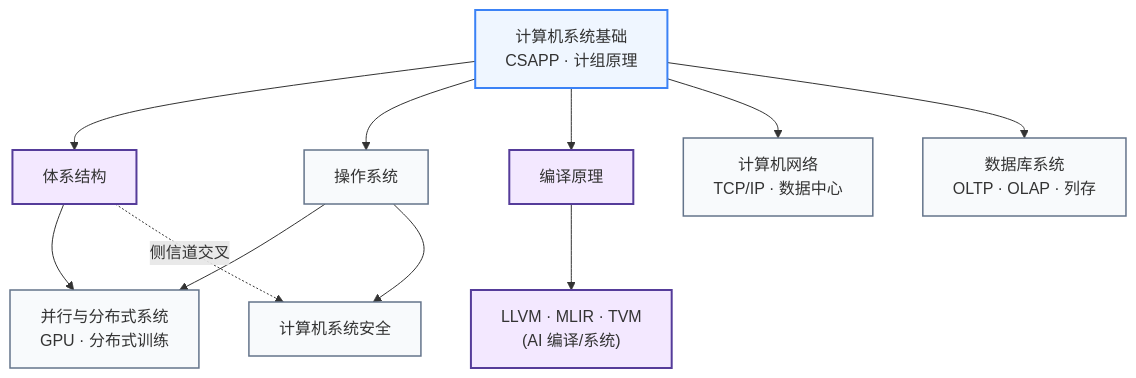
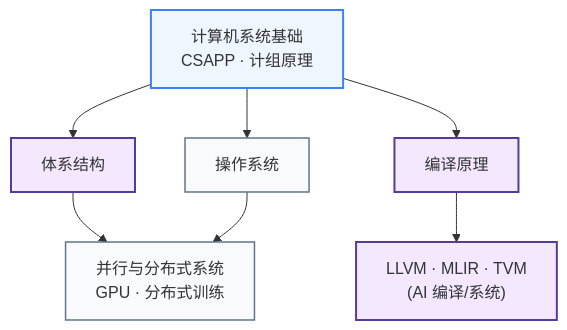
The diagram in docs/学习地图/系统架构/index.md (Crys-Chen/ic-guide), drawn with Mermaid before and after one commit. The commit also changed other lines of this file and 7 other files, not shown here.

````diff
--- a/docs/学习地图/系统架构/index.md
+++ b/docs/学习地图/系统架构/index.md
@@ -7,22 +7,17 @@
 ```mermaid
 graph TB
     A["计算机系统基础<br/>CSAPP · 计组原理"] --> B[体系结构]
     A --> C[操作系统]
     A --> D[编译原理]
 
     B --> E["并行与分布式系统<br/>GPU · 分布式训练"]
     C --> E
     D --> F["LLVM · MLIR · TVM<br/>(AI 编译/系统)"]
 
-    A --> G["计算机网络<br/>TCP/IP · 数据中心"]
-    A --> H["数据库系统<br/>OLTP · OLAP · 列存"]
-    C --> I[计算机系统安全]
-    B -.->|侧信道交叉| I
-
     classDef base fill:#EFF6FF,stroke:#3B82F6,stroke-width:2px
     classDef arch fill:#F3E8FF,stroke:#553C9A,stroke-width:2px
     classDef other fill:#F8FAFC,stroke:#64748B,stroke-width:1.5px
     class A base
     class B,D,F arch
-    class C,E,G,H,I other
+    class C,E other
 ```
````
